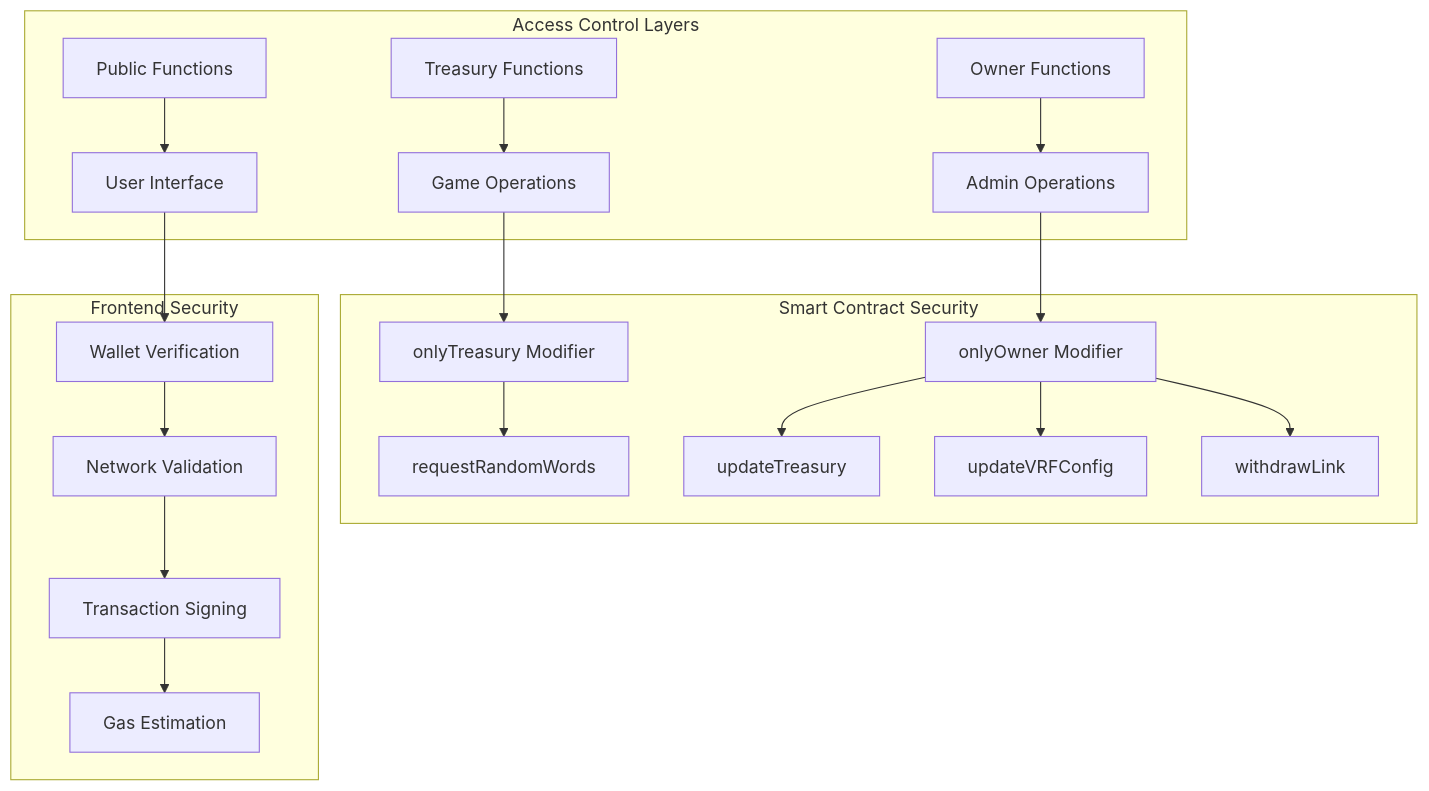
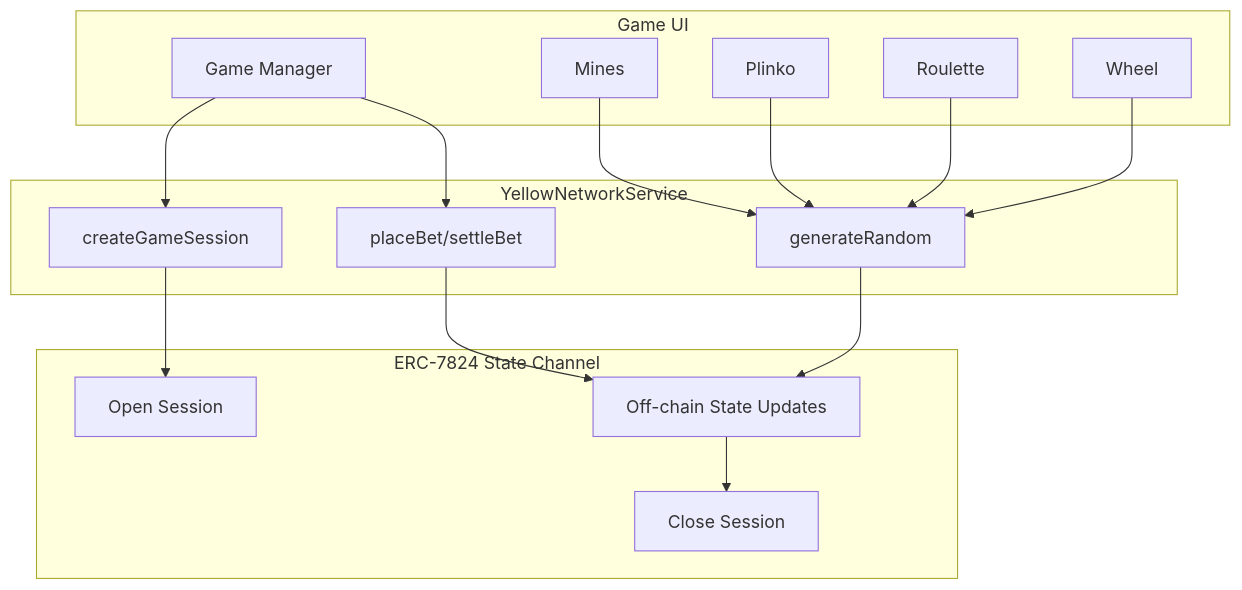
Before and after one commit to AmaanSayyad/APT-Casino-Yellow: the sixth of 12 diagrams in MERMAID_DIAGRAMS.md, drawn with Mermaid. The commit also changed other lines of this file, not shown here.

````diff
--- a/MERMAID_DIAGRAMS.md
+++ b/MERMAID_DIAGRAMS.md
@@ -253,25 +130,33 @@
 ```mermaid
-graph TB
-    subgraph Access["Access Control Layers"]
-        A[Public Functions] --> B[User Interface]
-        C[Treasury Functions] --> D[Game Operations]
-        E[Owner Functions] --> F[Admin Operations]
-    end
-    
-    subgraph Contract["Smart Contract Security"]
-        G[onlyTreasury Modifier] --> H[requestRandomWords]
-        I[onlyOwner Modifier] --> J[updateTreasury]
-        I --> K[updateVRFConfig]
-        I --> L[withdrawLink]
-    end
-    
-    subgraph Frontend["Frontend Security"]
-        M[Wallet Verification] --> N[Network Validation]
-        N --> O[Transaction Signing]
-        O --> P[Gas Estimation]
-    end
-    
-    D --> G
-    F --> I
-    B --> M
+flowchart TB
+  subgraph UI[Game UI]
+    GM[Game Manager]
+    Mines[Mines]
+    Plinko[Plinko]
+    Roulette[Roulette]
+    Wheel[Wheel]
+  end
+
+  subgraph SDK[YellowNetworkService]
+    Sess[createGameSession]
+    Rand[generateRandom]
+    Bet[placeBet/settleBet]
+  end
+
+  subgraph Channel[ERC-7824 State Channel]
+    Open[Open Session]
+    Update[Off-chain State Updates]
+    Close[Close Session]
+  end
+
+  GM --> Sess
+  Sess --> Open
+  Mines --> Rand
+  Plinko --> Rand
+  Roulette --> Rand
+  Wheel --> Rand
+  Rand --> Update
+  GM --> Bet
+  Bet --> Update
+  Update --> Close
 ```
````
